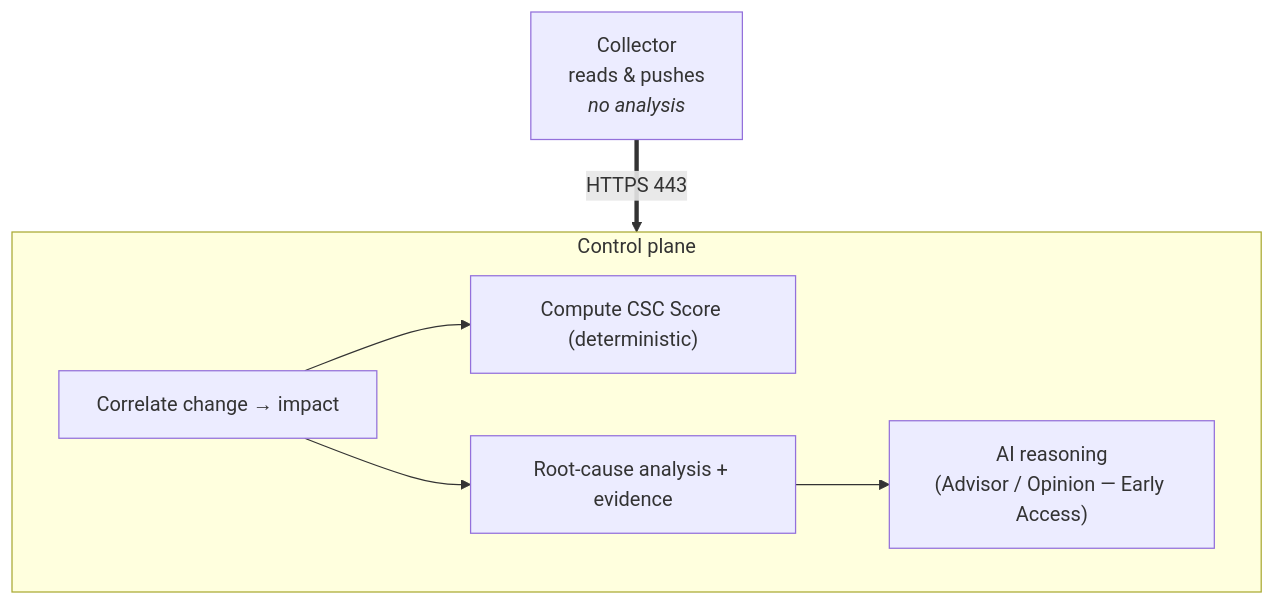
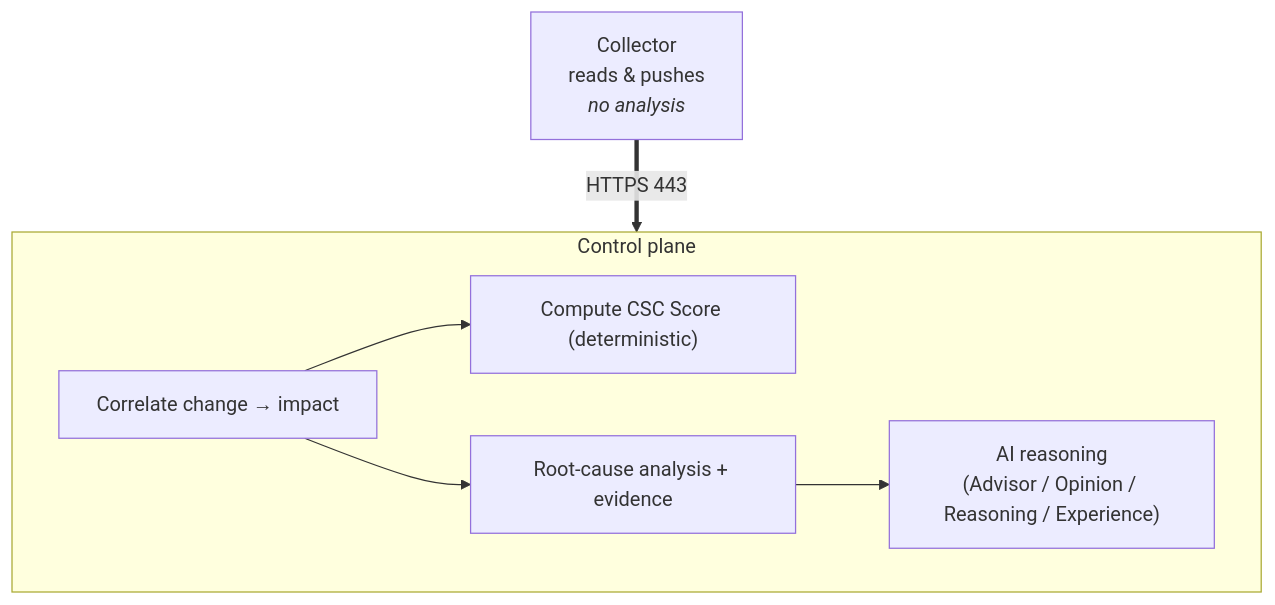
One commit to ChangeGuard-AI/docs changed the fourth of 5 diagrams in get-started/architecture.mdx. Above: the diagram before and after it, drawn with Mermaid. The commit also changed other lines of this file and 5 other files, not shown here.

````diff
--- a/get-started/architecture.mdx
+++ b/get-started/architecture.mdx
@@ -110,13 +110,13 @@
 ```mermaid
 flowchart TB
   col["Collector<br/>reads &amp; pushes<br/><i>no analysis</i>"] ==>|"HTTPS 443"| cp
   subgraph cp["Control plane"]
     correlate["Correlate change → impact"]
     csc["Compute CSC Score (deterministic)"]
     rca["Root-cause analysis + evidence"]
-    advisor["AI reasoning<br/>(Advisor / Opinion — Early Access)"]
+    advisor["AI reasoning<br/>(Advisor / Opinion / Reasoning / Experience)"]
     correlate --> csc
     correlate --> rca
     rca --> advisor
   end
 ```
````
